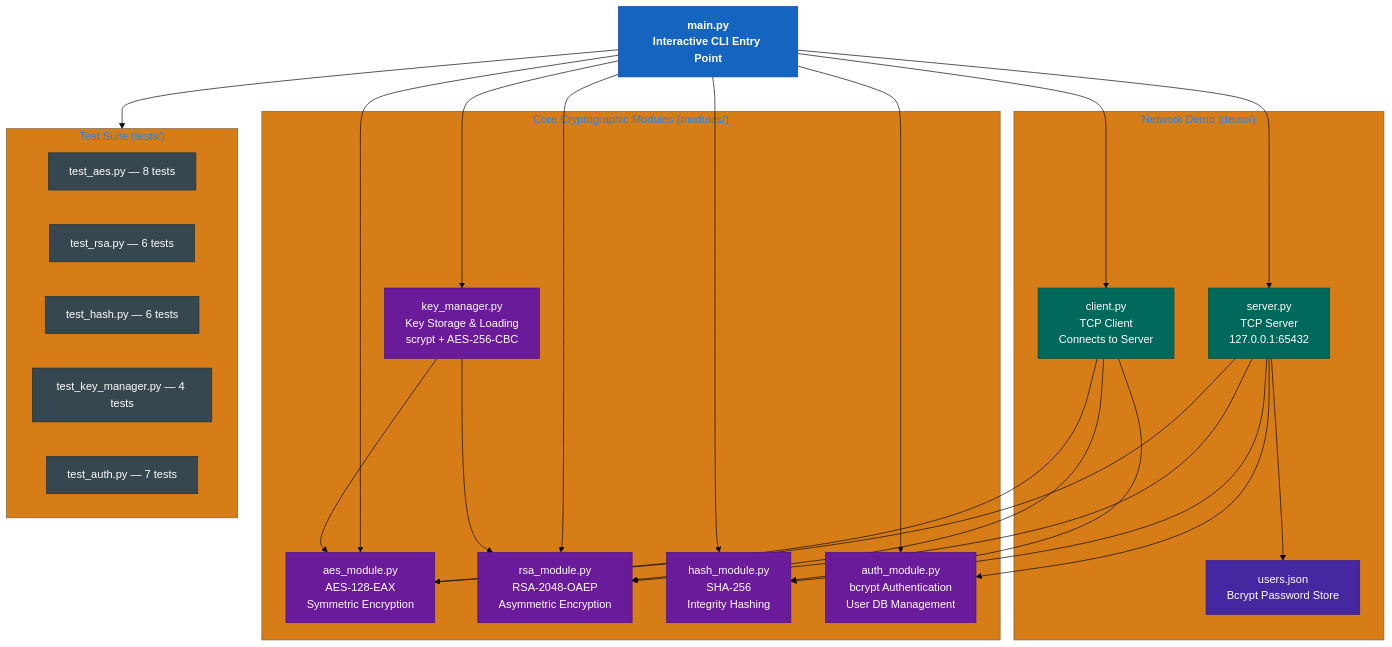
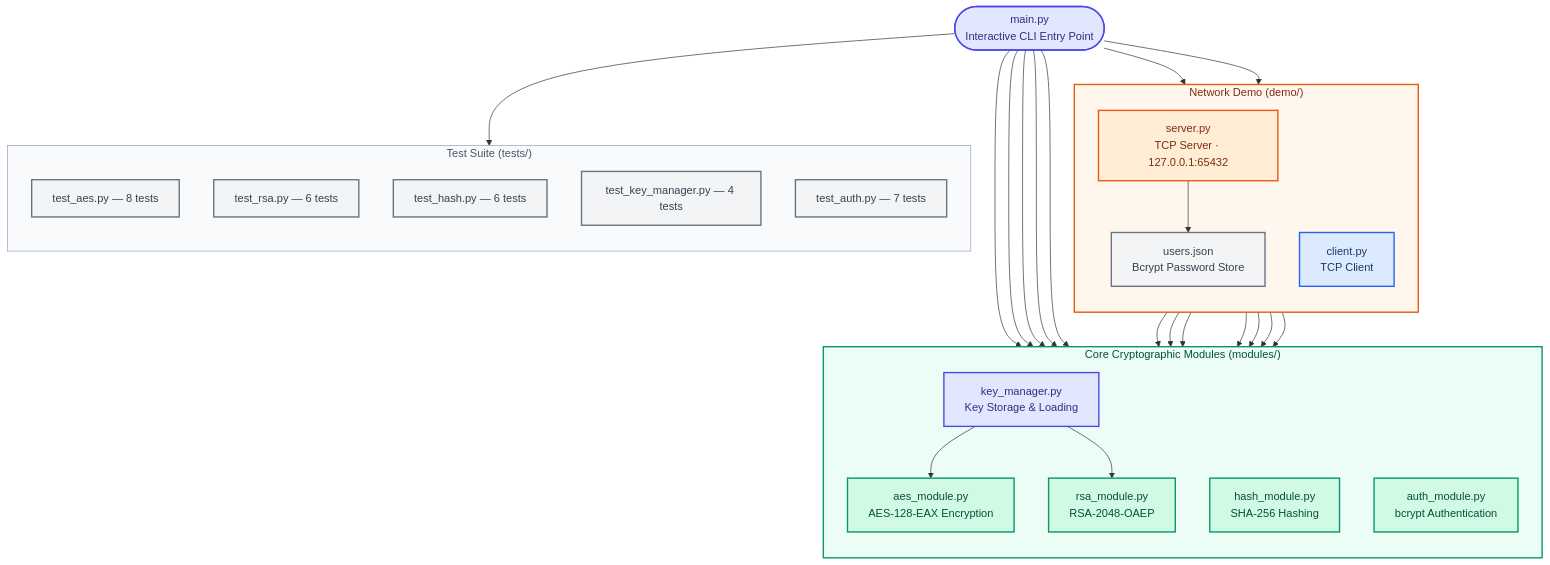
Before and after one commit to HeshamAfandi/Secure-Communication-System: the first of 14 diagrams in PROJECT_DOCUMENTATION.md, drawn with Mermaid. The commit also changed other lines of this file, not shown here.

````diff
--- a/PROJECT_DOCUMENTATION.md
+++ b/PROJECT_DOCUMENTATION.md
@@ -88,55 +88,69 @@
 ```mermaid
-%%{init: {'theme': 'base', 'themeVariables': {'primaryColor': '#1565C0', 'edgeLabelBackground': '#FFFFFF'}}}%%
 graph TB
-    classDef entry fill:#1565C0,stroke:#0D47A1,color:#FFFFFF,font-weight:bold
-    classDef crypto fill:#6A1B9A,stroke:#4A148C,color:#FFFFFF
-    classDef demo  fill:#00695C,stroke:#004D40,color:#FFFFFF
-    classDef db    fill:#4527A0,stroke:#311B92,color:#FFFFFF
-    classDef test  fill:#37474F,stroke:#263238,color:#FFFFFF
-
-    CLI["main.py<br/>Interactive CLI Entry Point"]:::entry
+    CLI(["main.py<br/>Interactive CLI Entry Point"])
 
     subgraph MODULES["Core Cryptographic Modules (modules/)"]
-        AES["aes_module.py<br/>AES-128-EAX<br/>Symmetric Encryption"]:::crypto
-        RSA["rsa_module.py<br/>RSA-2048-OAEP<br/>Asymmetric Encryption"]:::crypto
-        HASH["hash_module.py<br/>SHA-256<br/>Integrity Hashing"]:::crypto
-        KEY["key_manager.py<br/>Key Storage & Loading<br/>scrypt + AES-256-CBC"]:::crypto
-        AUTH["auth_module.py<br/>bcrypt Authentication<br/>User DB Management"]:::crypto
+        direction TB
+        AES["aes_module.py<br/>AES-128-EAX Encryption"]
+        RSA["rsa_module.py<br/>RSA-2048-OAEP"]
+        HASH["hash_module.py<br/>SHA-256 Hashing"]
+        KEY["key_manager.py<br/>Key Storage & Loading"]
+        AUTH["auth_module.py<br/>bcrypt Authentication"]
     end
 
     subgraph DEMO["Network Demo (demo/)"]
-        SERVER["server.py<br/>TCP Server<br/>127.0.0.1:65432"]:::demo
-        CLIENT["client.py<br/>TCP Client<br/>Connects to Server"]:::demo
-        USERDB["users.json<br/>Bcrypt Password Store"]:::db
+        direction TB
+        SERVER["server.py<br/>TCP Server · 127.0.0.1:65432"]
+        CLIENT["client.py<br/>TCP Client"]
+        USERDB["users.json<br/>Bcrypt Password Store"]
     end
 
     subgraph TESTS["Test Suite (tests/)"]
-        T1["test_aes.py — 8 tests"]:::test
-        T2["test_rsa.py — 6 tests"]:::test
-        T3["test_hash.py — 6 tests"]:::test
-        T4["test_key_manager.py — 4 tests"]:::test
-        T5["test_auth.py — 7 tests"]:::test
+        direction TB
+        T1["test_aes.py — 8 tests"]
+        T2["test_rsa.py — 6 tests"]
+        T3["test_hash.py — 6 tests"]
+        T4["test_key_manager.py — 4 tests"]
+        T5["test_auth.py — 7 tests"]
     end
 
     CLI --> AES
     CLI --> RSA
     CLI --> HASH
     CLI --> KEY
     CLI --> AUTH
     CLI --> SERVER
     CLI --> CLIENT
     CLI --> TESTS
 
     SERVER --> RSA
     SERVER --> AES
     SERVER --> HASH
     SERVER --> AUTH
     SERVER --> USERDB
 
     CLIENT --> RSA
     CLIENT --> AES
     CLIENT --> HASH
 
     KEY --> RSA
     KEY --> AES
+
+    style CLI  fill:#e0e7ff,stroke:#4f46e5,stroke-width:2px,color:#312e81
+    style AES  fill:#d1fae5,stroke:#059669,stroke-width:2px,color:#064e3b
+    style RSA  fill:#d1fae5,stroke:#059669,stroke-width:2px,color:#064e3b
+    style HASH fill:#d1fae5,stroke:#059669,stroke-width:2px,color:#064e3b
+    style KEY  fill:#e0e7ff,stroke:#4f46e5,stroke-width:2px,color:#312e81
+    style AUTH fill:#d1fae5,stroke:#059669,stroke-width:2px,color:#064e3b
+    style SERVER fill:#ffedd5,stroke:#ea580c,stroke-width:2px,color:#7c2d12
+    style CLIENT fill:#dbeafe,stroke:#2563eb,stroke-width:2px,color:#1e3a5f
+    style USERDB fill:#f3f4f6,stroke:#6b7280,stroke-width:2px,color:#374151
+    style T1 fill:#f3f4f6,stroke:#6b7280,stroke-width:2px,color:#374151
+    style T2 fill:#f3f4f6,stroke:#6b7280,stroke-width:2px,color:#374151
+    style T3 fill:#f3f4f6,stroke:#6b7280,stroke-width:2px,color:#374151
+    style T4 fill:#f3f4f6,stroke:#6b7280,stroke-width:2px,color:#374151
+    style T5 fill:#f3f4f6,stroke:#6b7280,stroke-width:2px,color:#374151
+    style MODULES fill:#ecfdf5,stroke:#059669,stroke-width:2px,color:#064e3b
+    style DEMO   fill:#fff7ed,stroke:#ea580c,stroke-width:2px,color:#7c2d12
+    style TESTS  fill:#f8fafc,stroke:#94a3b8,stroke-width:1px,color:#475569
 ```
````
